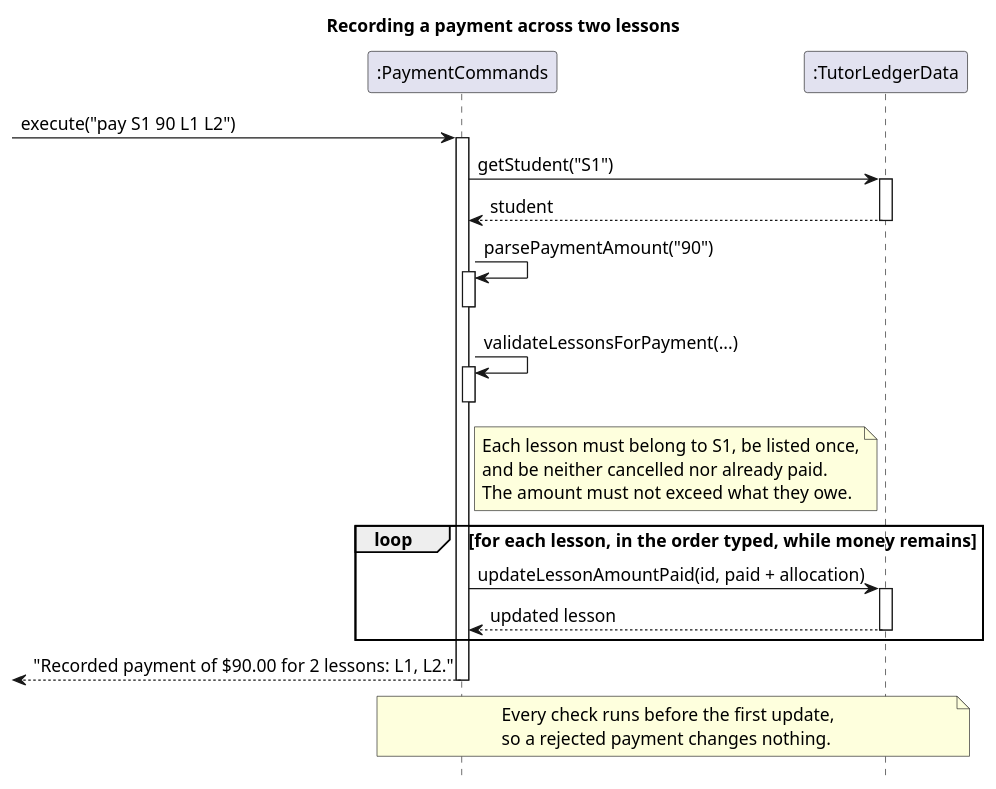
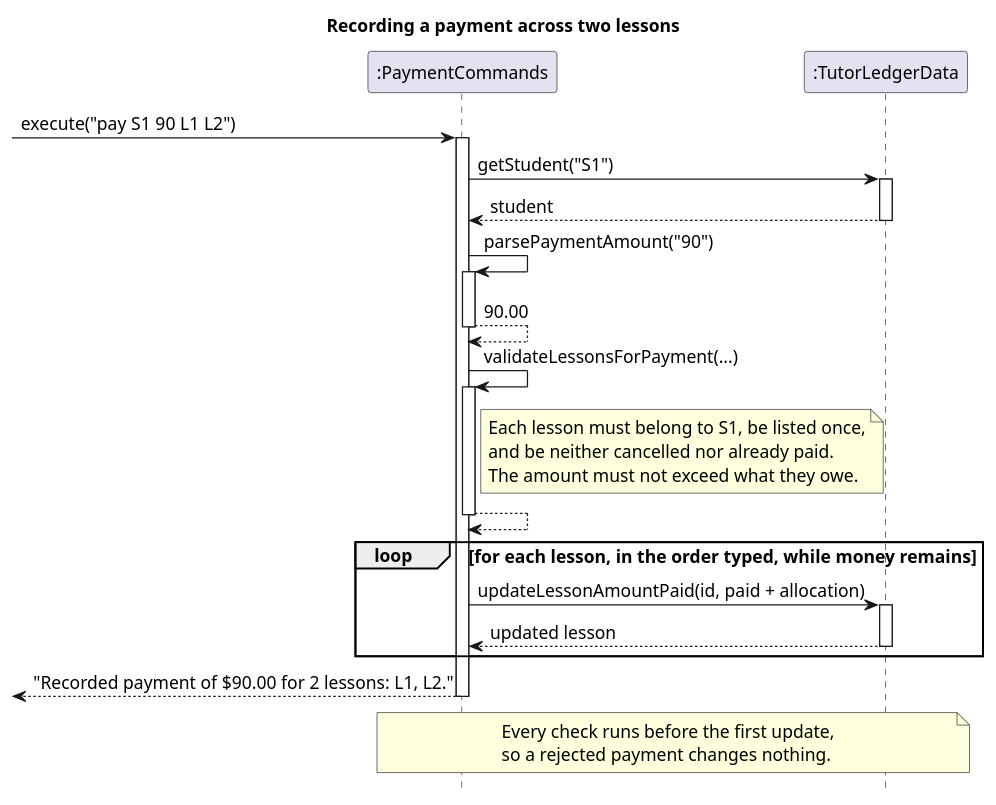
Before and after one commit to AY2627S1-CS2113-W12-2/tp: the diagram in docs/diagrams/pay-sequence.puml, drawn with PlantUML. The commit also changed 21 other files, not shown here.

First line of the commit message:
DG: Add return arrows to self-calls in sequence diagrams

```diff
--- a/docs/diagrams/pay-sequence.puml
+++ b/docs/diagrams/pay-sequence.puml
@@ -1,41 +1,43 @@
 @startuml
 skinparam backgroundColor white
 skinparam defaultFontSize 14
 skinparam shadowing false
 hide footbox
 title Recording a payment across two lessons
 
 participant ":PaymentCommands" as Commands
 participant ":TutorLedgerData" as Data
 
 [-> Commands : execute("pay S1 90 L1 L2")
 activate Commands
 Commands -> Data : getStudent("S1")
 activate Data
 Data --> Commands : student
 deactivate Data
 Commands -> Commands : parsePaymentAmount("90")
 activate Commands
+Commands --> Commands : 90.00
 deactivate Commands
 Commands -> Commands : validateLessonsForPayment(...)
 activate Commands
 note right of Commands
   Each lesson must belong to S1, be listed once,
   and be neither cancelled nor already paid.
   The amount must not exceed what they owe.
 end note
+Commands --> Commands
 deactivate Commands
 
 loop for each lesson, in the order typed, while money remains
   Commands -> Data : updateLessonAmountPaid(id, paid + allocation)
   activate Data
   Data --> Commands : updated lesson
   deactivate Data
 end
 Commands -->[ : "Recorded payment of $90.00 for 2 lessons: L1, L2."
 deactivate Commands
 note over Commands, Data
   Every check runs before the first update,
   so a rejected payment changes nothing.
 end note
 @enduml
```
